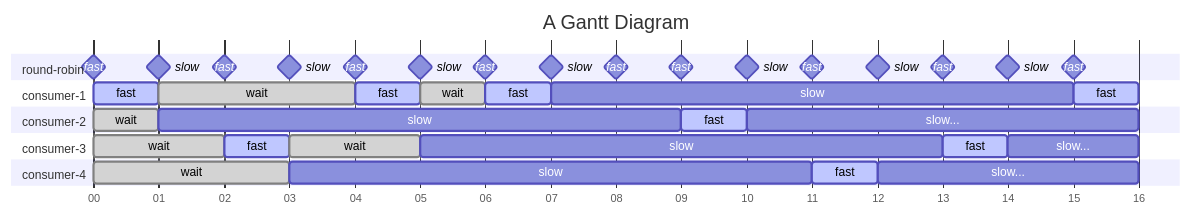
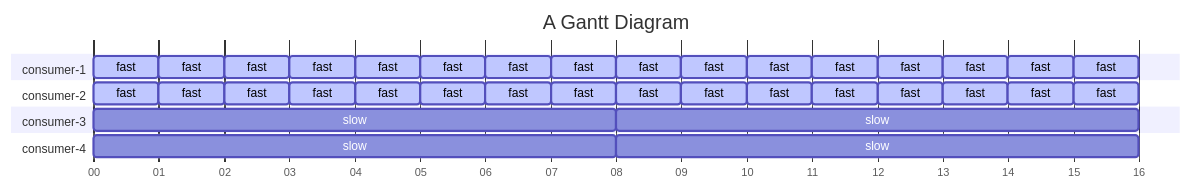
Before and after one commit to grafana/mimir: the fourth of 4 diagrams in pkg/scheduler/DESIGN.md, drawn with Mermaid. The commit also changed other lines of this file, not shown here.

Commit message:
add latency gantt chart for newer algorithm

````diff
--- a/pkg/scheduler/DESIGN.md
+++ b/pkg/scheduler/DESIGN.md
@@ -296,62 +373,60 @@
 ```mermaid
 ---
 config:
   gantt:
     displayMode: compact
     numberSectionStyles: 2
   theme: default
 ---
 gantt
     title A Gantt Diagram
     dateFormat ss
     axisFormat %S
     tickInterval 1second
 
-    section round-robin
-        fast : milestone, m0, 00, 0s
-        slow : milestone, m1, 01, 0s
-        fast : milestone, m2, 02, 0s
-        slow : milestone, m3, 03, 0s
-        fast : milestone, m4, 04, 0s
-        slow : milestone, m5, 05, 0s
-        fast : milestone, m6, 06, 0s
-        slow : milestone, m7, 07, 0s
-        fast : milestone, m8, 08, 0s
-        fast : milestone, m9, 09, 0s
-        slow : milestone, m10, 10, 0s
-        fast : milestone, m11, 11, 0s
-        slow : milestone, m12, 12, 0s
-        fast : milestone, m13, 13, 0s
-        slow : milestone, m14, 14, 0s
-        fast : milestone, m15, 15, 0s
-
     section consumer-1
         fast        :active, c1-1, 00, 1s
-        wait        :done, c1-2, 01, 3s
-        fast        :active, c1-3, 04, 1s
-        wait        :done, c1-4, 05, 1s
-        fast        :active, c1-5, 06, 1s
-        slow        : c1-6, 07, 8s
-        fast        :active, c1-7, 15, 1s
+        fast        :active, c1-2, 01, 1s
+        fast        :active, c1-3, 02, 1s
+        fast        :active, c1-4, 03, 1s
+        fast        :active, c1-5, 04, 1s
+        fast        :active, c1-6, 05, 1s
+        fast        :active, c1-7, 06, 1s
+        fast        :active, c1-8, 07, 1s
+        fast        :active, c1-9, 08, 1s
+        fast        :active, c1-10, 09, 1s
+        fast        :active, c1-11, 10, 1s
+        fast        :active, c1-12, 11, 1s
+        fast        :active, c1-13, 12, 1s
+        fast        :active, c1-14, 13, 1s
+        fast        :active, c1-15, 14, 1s
+        fast        :active, c1-16, 15, 1s
 
     section consumer-2
-        wait        :done, c2-1, 00, 1s
-        slow        : c2-2, 01, 8s
-        fast        :active, c2-3, 09, 1s
-        slow...     : c2-4, 10, 6s
+        fast        :active, c2-1, 00, 1s
+        fast        :active, c2-2, 01, 1s
+        fast        :active, c2-3, 02, 1s
+        fast        :active, c2-4, 03, 1s
+        fast        :active, c2-5, 04, 1s
+        fast        :active, c2-6, 05, 1s
+        fast        :active, c2-7, 06, 1s
+        fast        :active, c2-8, 07, 1s
+        fast        :active, c2-9, 08, 1s
+        fast        :active, c2-10, 09, 1s
+        fast        :active, c2-11, 10, 1s
+        fast        :active, c2-12, 11, 1s
+        fast        :active, c2-13, 12, 1s
+        fast        :active, c2-14, 13, 1s
+        fast        :active, c2-15, 14, 1s
+        fast        :active, c2-16, 15, 1s
+
 
     section consumer-3
-        wait        :done, c3-1, 00, 2s
-        fast        :active, c3-2, 02, 1s
-        wait        :done, c3-3, 03, 2s
-        slow        : c3-4, 05, 8s
-        fast        :active, c3-5, 13, 1s
-        slow...     : c3-6, 14, 2s
+        slow        : c3-1, 00, 8s
+        slow        : c3-2, 08, 8s
 
     section consumer-4
-        wait        :done, c4-1, 00, 3s
-        slow        : c4-2, 03, 8s
-        fast        :active, c4-3, 11, 1s
-        slow...     : c4-4, 12, 4s
+        slow        : c4-1, 00, 8s
+        slow        : c4-2, 08, 8s
 
 ```
````
